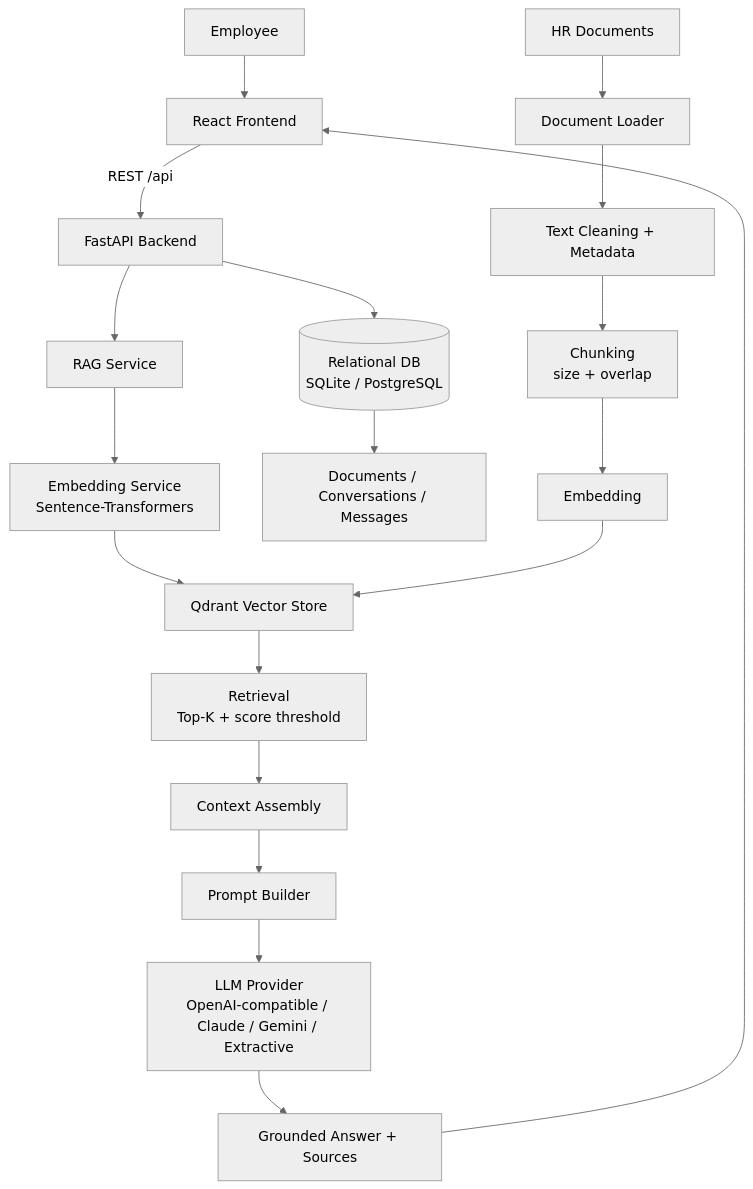
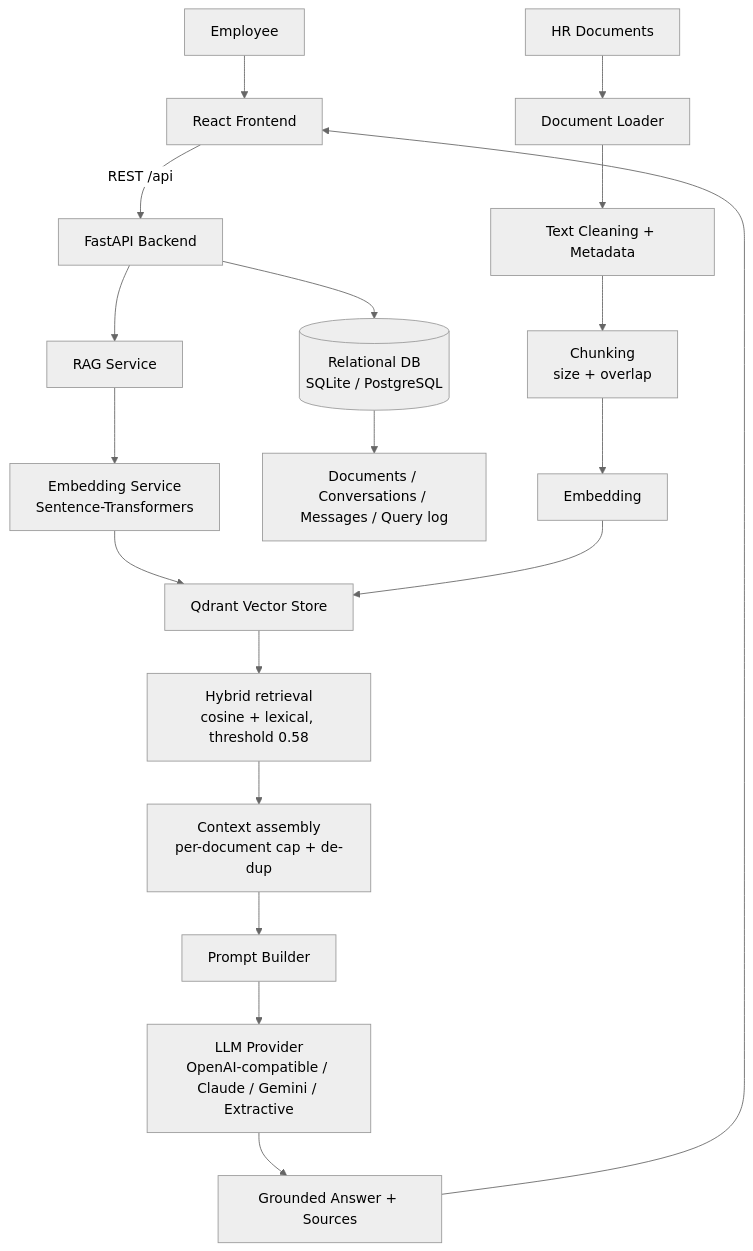
One commit to suryansh24-coder/HR-RAG- changed the first of 4 diagrams in docs/ARCHITECTURE.md. Above: the diagram before and after it, drawn with Mermaid (neutral theme). The commit also changed other lines of this file and 62 other files, not shown here.

````diff
--- a/docs/ARCHITECTURE.md
+++ b/docs/ARCHITECTURE.md
@@ -25,27 +13,27 @@
 ```mermaid
 flowchart TD
     U[Employee] --> F[React Frontend]
     F -->|REST /api| B[FastAPI Backend]
 
     B --> RAG[RAG Service]
 
     RAG --> EMB[Embedding Service<br/>Sentence-Transformers]
     EMB --> VS[Qdrant Vector Store]
 
-    VS --> RET[Retrieval<br/>Top-K + score threshold]
-    RET --> CTX[Context Assembly]
+    VS --> RET[Hybrid retrieval<br/>cosine + lexical, threshold 0.58]
+    RET --> CTX[Context assembly<br/>per-document cap + de-dup]
     CTX --> PB[Prompt Builder]
     PB --> LLM[LLM Provider<br/>OpenAI-compatible / Claude / Gemini / Extractive]
 
     LLM --> OUT[Grounded Answer + Sources]
     OUT --> F
 
     B --> DB[(Relational DB<br/>SQLite / PostgreSQL)]
-    DB --> DOCS[Documents / Conversations / Messages]
+    DB --> DOCS[Documents / Conversations / Messages / Query log]
 
     HR[HR Documents] --> L[Document Loader]
     L --> CLEAN[Text Cleaning + Metadata]
     CLEAN --> CH[Chunking<br/>size + overlap]
     CH --> DOCEMB[Embedding]
     DOCEMB --> VS
 ```
````
